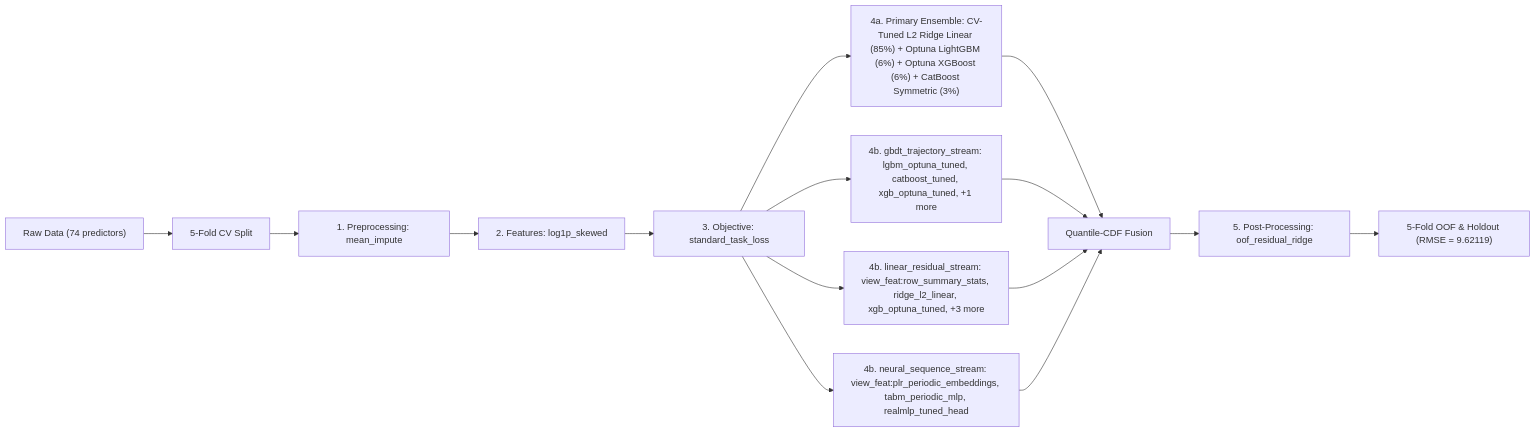
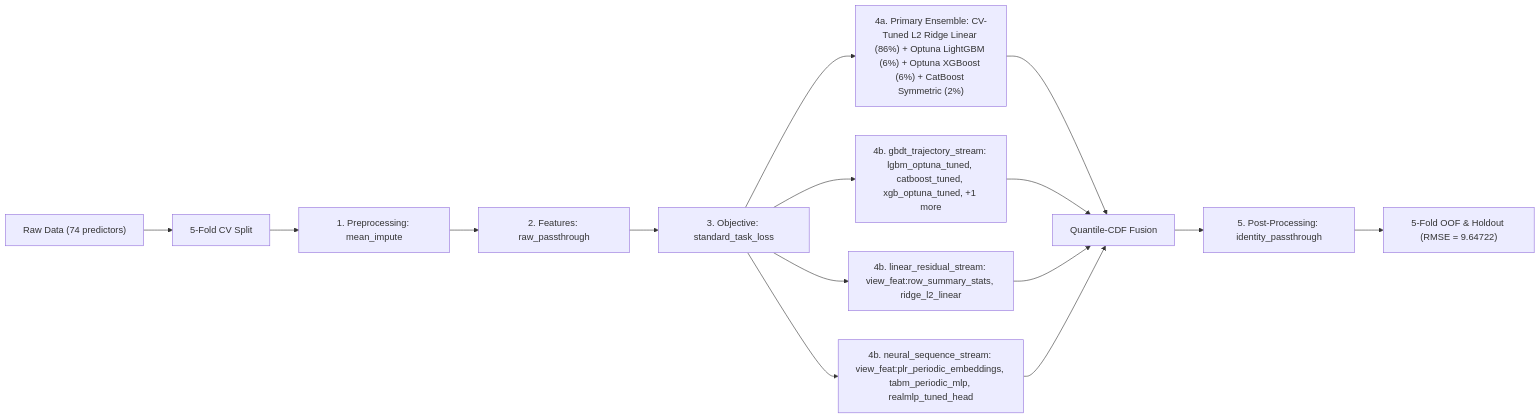
One commit to stefanoclss/ROGII-Wellbore-Geology-Prediction changed the diagram in README.md. Above: the diagram before and after it, drawn with Mermaid. The commit also changed other lines of this file, not shown here.

First line of the commit message:
docs(readme): refresh verified OOF benchmark & build ledger (RMSE=9.64722)

````diff
--- a/README.md
+++ b/README.md
@@ -75,17 +72,17 @@
 ```mermaid
 flowchart LR
     DATA["Raw Data (74 predictors)"] --> SPLIT["5-Fold CV Split"]
     SPLIT --> PRE["1. Preprocessing: mean_impute"]
-    PRE --> FEAT["2. Features: log1p_skewed"]
+    PRE --> FEAT["2. Features: raw_passthrough"]
     FEAT --> OBJ["3. Objective: standard_task_loss"]
-    OBJ --> M0["4a. Primary Ensemble: CV-Tuned L2 Ridge Linear (85%) + Optuna LightGBM (6%) + Optuna XGBoost (6%) + CatBoost Symmetric (3%)"]
+    OBJ --> M0["4a. Primary Ensemble: CV-Tuned L2 Ridge Linear (86%) + Optuna LightGBM (6%) + Optuna XGBoost (6%) + CatBoost Symmetric (2%)"]
     M0 --> FUSE["Quantile-CDF Fusion"]
     OBJ --> S1["4b. gbdt_trajectory_stream: lgbm_optuna_tuned, catboost_tuned, xgb_optuna_tuned, +1 more"]
     S1 --> FUSE
-    OBJ --> S2["4b. linear_residual_stream: view_feat:row_summary_stats, ridge_l2_linear, xgb_optuna_tuned, +3 more"]
+    OBJ --> S2["4b. linear_residual_stream: view_feat:row_summary_stats, ridge_l2_linear"]
     S2 --> FUSE
     OBJ --> S3["4b. neural_sequence_stream: view_feat:plr_periodic_embeddings, tabm_periodic_mlp, realmlp_tuned_head"]
     S3 --> FUSE
-    FUSE --> POST["5. Post-Processing: oof_residual_ridge"]
-    POST --> OUT["5-Fold OOF & Holdout (RMSE = 9.62119)"]
+    FUSE --> POST["5. Post-Processing: identity_passthrough"]
+    POST --> OUT["5-Fold OOF & Holdout (RMSE = 9.64722)"]
 ```
````
